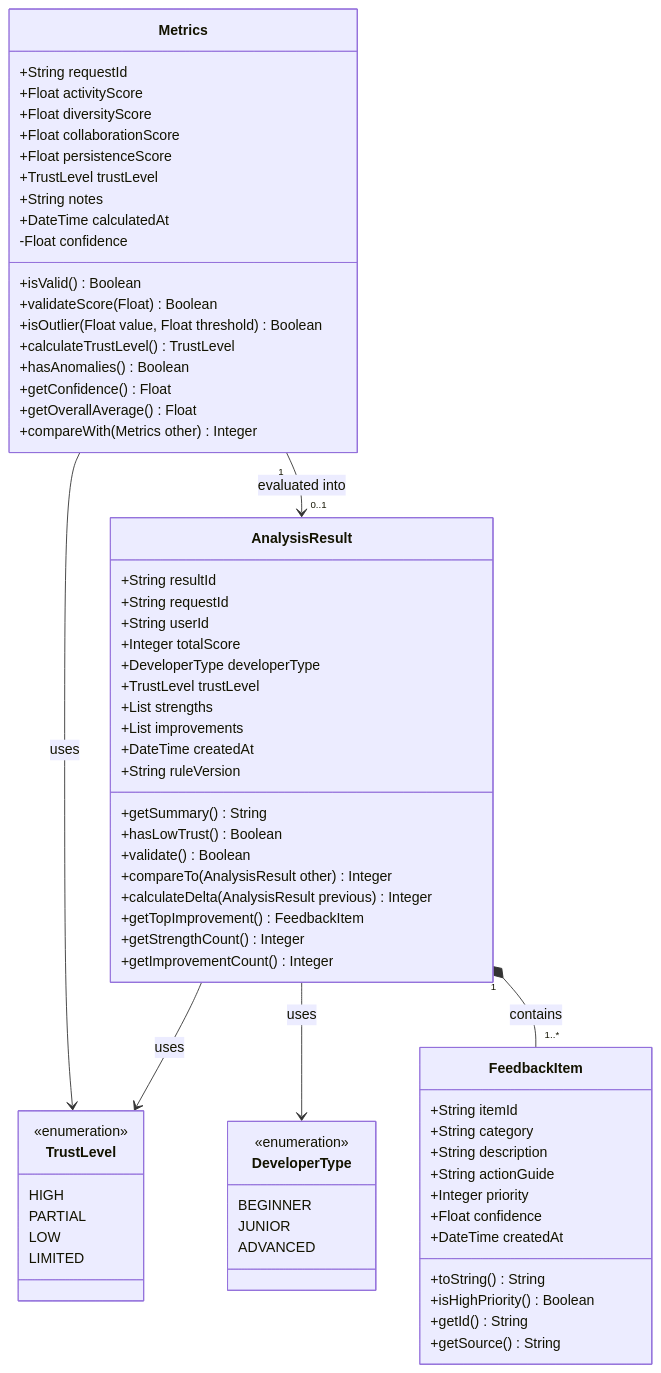
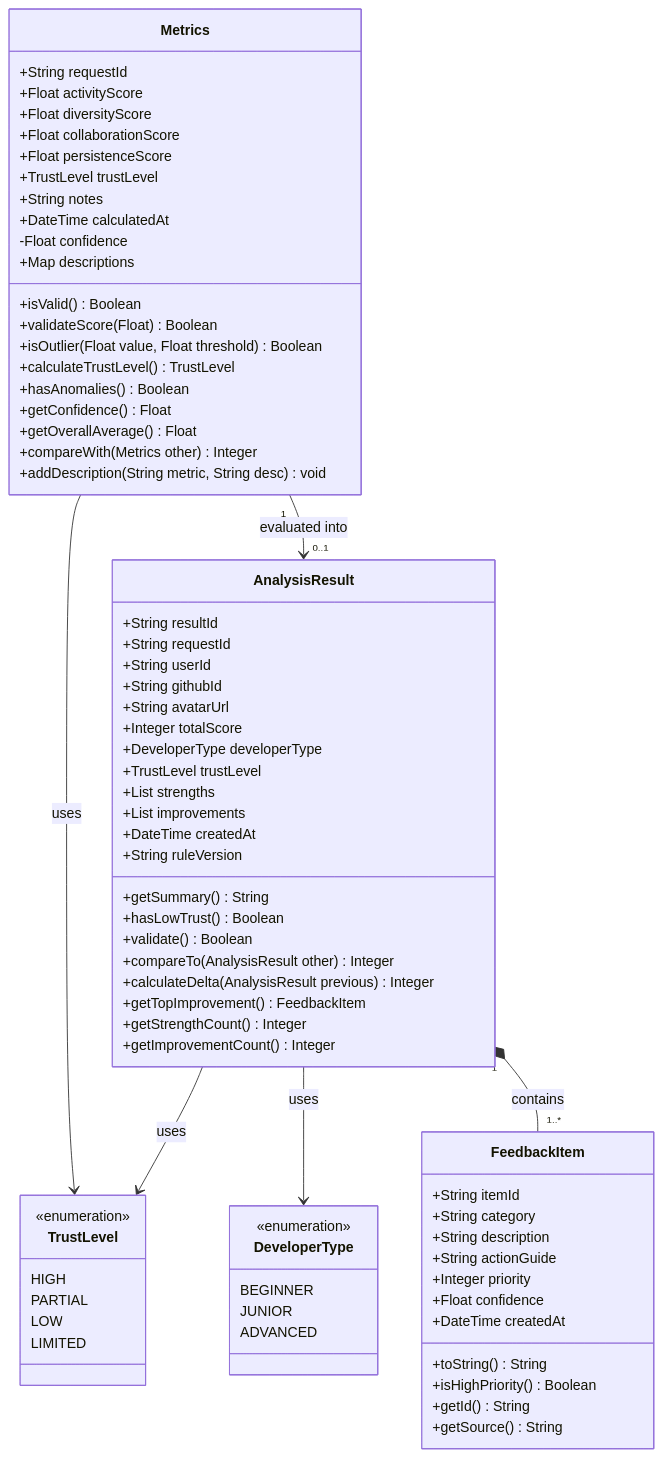
Before and after one commit to NotHyoone/OSS_Design: the fifth of 15 diagrams in Design_[22212046_안효원].md, drawn with Mermaid. The commit also changed other lines of this file and 2 other files, not shown here.

Commit message:
docs: sync design spec with implemented classes and flows

```diff
--- a/Design_[22212046_안효원].md
+++ b/Design_[22212046_안효원].md
@@ -407,6 +420,7 @@
         +String notes
         +DateTime calculatedAt
         -Float confidence
+        +Map descriptions
         +isValid() Boolean
         +validateScore(Float) Boolean
         +isOutlier(Float value, Float threshold) Boolean
@@ -415,6 +429,7 @@
         +getConfidence() Float
         +getOverallAverage() Float
         +compareWith(Metrics other) Integer
+        +addDescription(String metric, String desc) void
     }
 
     class TrustLevel {
@@ -429,6 +444,8 @@
         +String resultId
         +String requestId
         +String userId
+        +String githubId
+        +String avatarUrl
         +Integer totalScore
         +DeveloperType developerType
         +TrustLevel trustLevel
```
